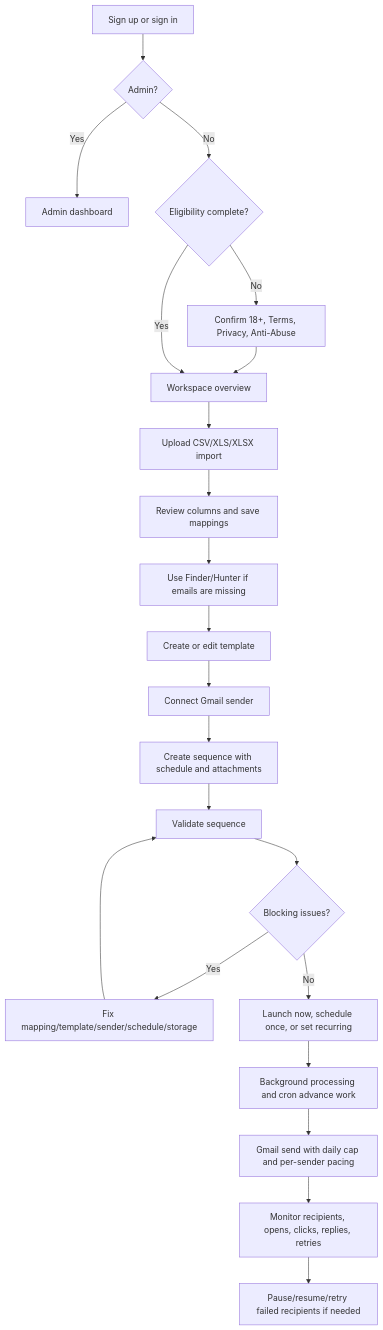
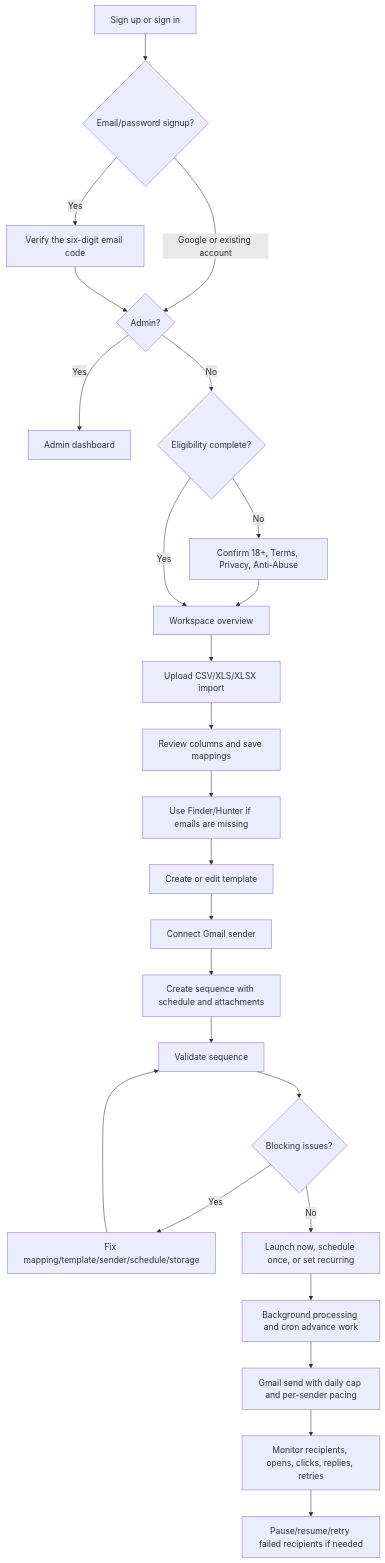
One commit to ka8540/Sendloom changed the third of 13 diagrams in DOCUMENTATION.md. Above: the diagram before and after it, drawn with Mermaid. The commit also changed other lines of this file and 1 other file, not shown here.

Commit message:
Document secure email OTP verification

````diff
--- a/DOCUMENTATION.md
+++ b/DOCUMENTATION.md
@@ -408,24 +413,27 @@
 ```mermaid
 flowchart TD
-    A["Sign up or sign in"] --> B{"Admin?"}
+    A["Sign up or sign in"] --> V{"Email/password signup?"}
+    V -->|Yes| W["Verify the six-digit email code"]
+    V -->|Google or existing account| B{"Admin?"}
+    W --> B
     B -->|Yes| C["Admin dashboard"]
     B -->|No| D{"Eligibility complete?"}
     D -->|No| E["Confirm 18+, Terms, Privacy, Anti-Abuse"]
     E --> F["Workspace overview"]
     D -->|Yes| F
     F --> G["Upload CSV/XLS/XLSX import"]
     G --> H["Review columns and save mappings"]
     H --> I["Use Finder/Hunter if emails are missing"]
     I --> J["Create or edit template"]
     J --> K["Connect Gmail sender"]
     K --> L["Create sequence with schedule and attachments"]
     L --> M["Validate sequence"]
     M --> N{"Blocking issues?"}
     N -->|Yes| O["Fix mapping/template/sender/schedule/storage"]
     O --> M
     N -->|No| P["Launch now, schedule once, or set recurring"]
     P --> Q["Background processing and cron advance work"]
     Q --> R["Gmail send with daily cap and per-sender pacing"]
     R --> S["Monitor recipients, opens, clicks, replies, retries"]
     S --> T["Pause/resume/retry failed recipients if needed"]
 ```
````
